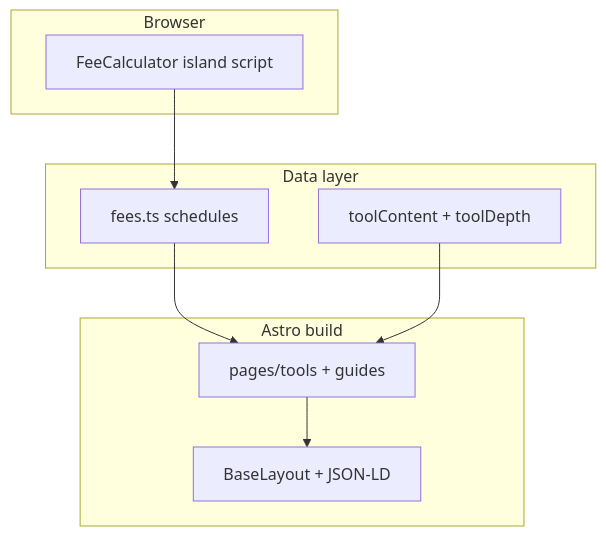
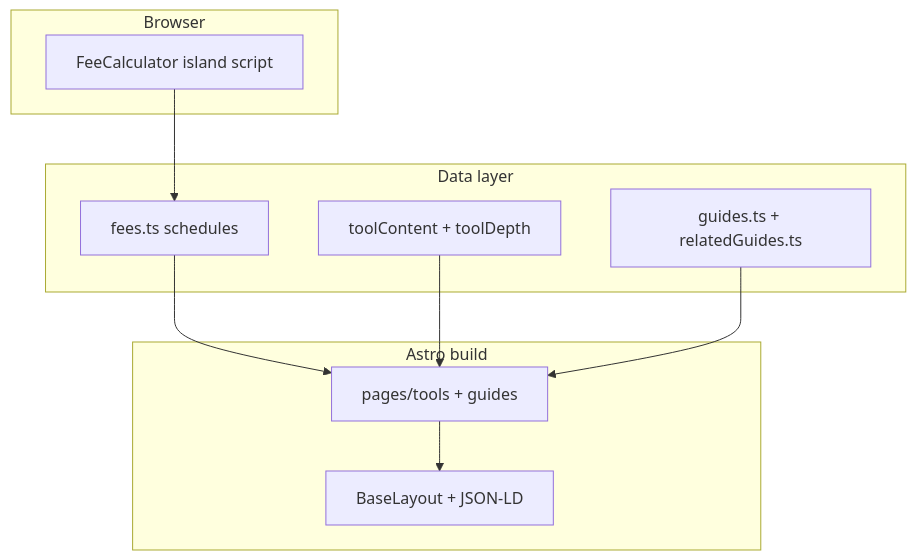
The diagram in AGENTS.md (hammadiqbal6/payment-fee-calculators), drawn with Mermaid before and after one commit. The commit also changed other lines of this file and 37 other files, not shown here.

````diff
--- a/AGENTS.md
+++ b/AGENTS.md
@@ -9,18 +9,20 @@
 ```mermaid
 flowchart TB
   subgraph data [Data layer]
     fees[fees.ts schedules]
     content[toolContent + toolDepth]
+    guides[guides.ts + relatedGuides.ts]
   end
   subgraph build [Astro build]
     pages[pages/tools + guides]
     layout[BaseLayout + JSON-LD]
   end
   subgraph client [Browser]
     calc[FeeCalculator island script]
   end
   fees --> pages
   content --> pages
+  guides --> pages
   pages --> layout
   calc --> fees
 ```
````
